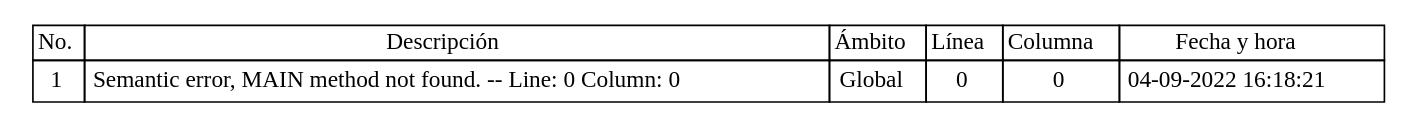
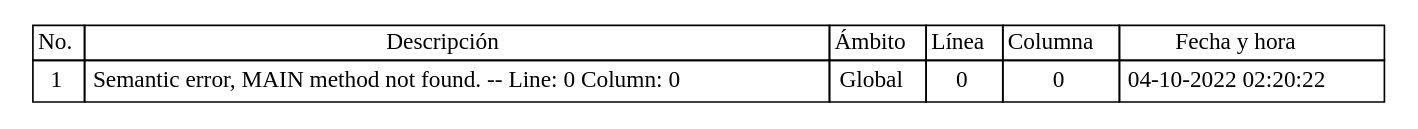
One commit to Jodyannre/COMPI2_proyecto2_2022 changed the diagram in Back/Web/tablas/tablaErrores.dot. Above: the diagram before and after it, drawn with Graphviz. The commit also changed 12 other files, not shown here.

```diff
--- a/Back/Web/tablas/tablaErrores.dot
+++ b/Back/Web/tablas/tablaErrores.dot
@@ -1,36 +1,36 @@
 
 	digraph {
 		tablaSimbolos [
 		  shape=plaintext
 		  label=<
 			<table border='0' cellborder='1' color='black' cellspacing='0'>
 			  <tr>
 				  <td>No.</td>
 				  <td>Descripción</td>
 				  <td>Ámbito</td>
 				  <td>Línea</td>
 				  <td>Columna</td>
 				  <td>Fecha y hora</td>
 			  </tr>
 	
 <tr>
 <td cellpadding='4'>
 1
 </td>
 <td cellpadding='4'>Semantic error, MAIN method not found. -- Line: 0 Column: 0
 </td>
 <td cellpadding='4'>Global
 </td>
 <td cellpadding='4'>0
 </td>
 <td cellpadding='4'>
 0
 </td>
 <td cellpadding='4'>
-04-09-2022 16:18:21
+04-10-2022 02:20:22
 </td>
 </tr>
 
 		</table>
 		>];
 	}
```
